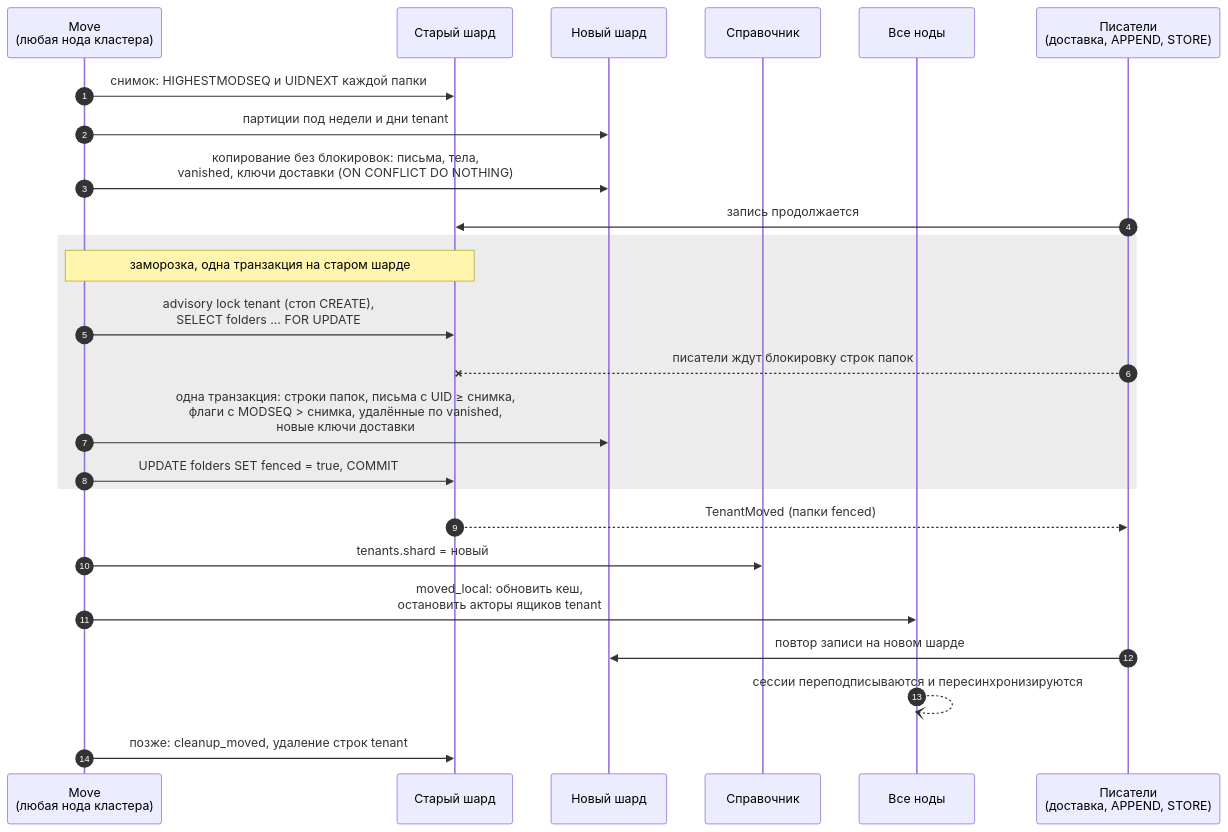
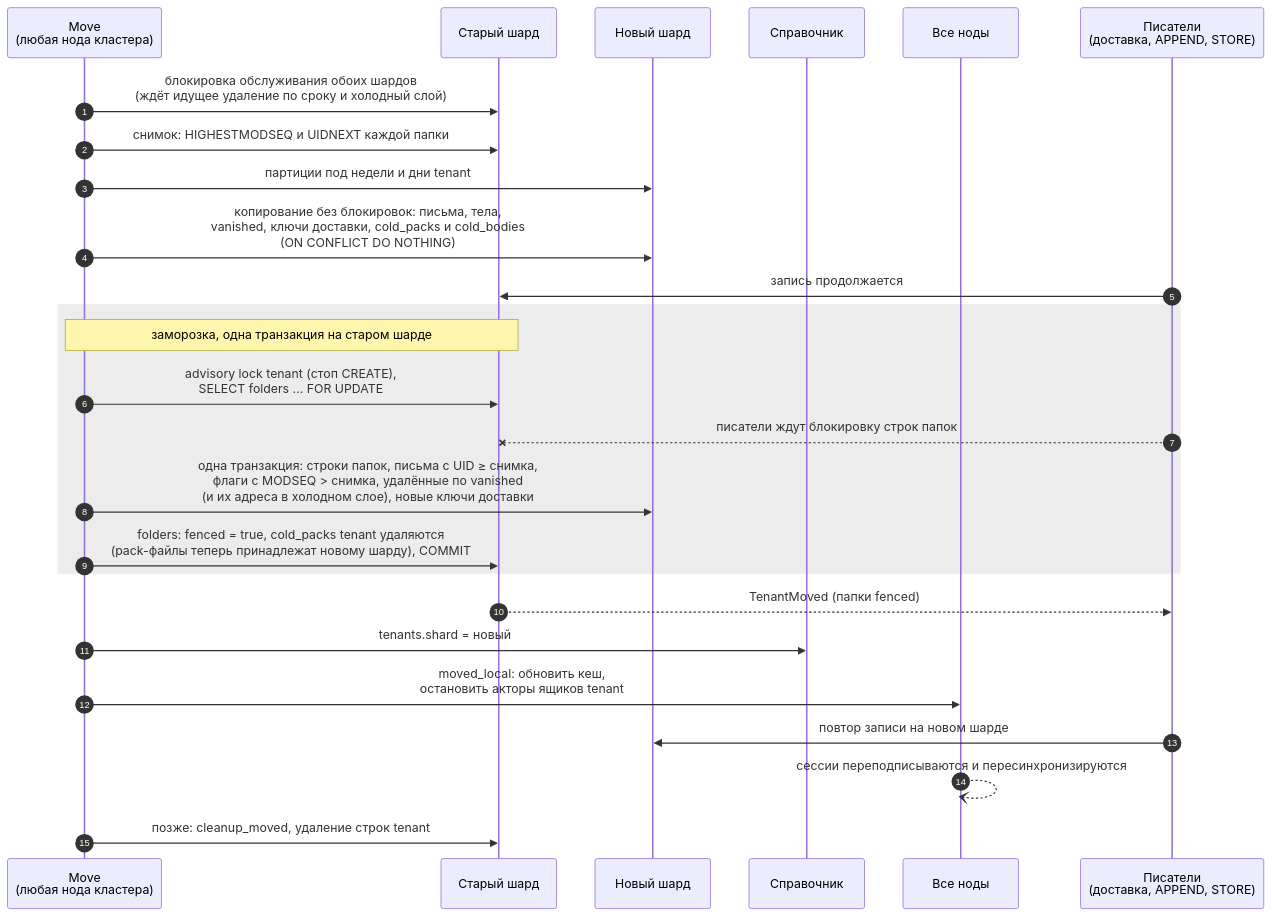
The eighth of 8 diagrams in docs/architecture.md (ichi404gh/mailstore), drawn with Mermaid before and after one commit. The commit also changed other lines of this file, not shown here.

First line of the commit message:
Bring the architecture diagrams up to date with retention and the cold tier

````diff
--- a/docs/architecture.md
+++ b/docs/architecture.md
@@ -414,28 +441,29 @@
 ```mermaid
 sequenceDiagram
   autonumber
   participant M as Move<br/>(любая нода кластера)
   participant S as Старый шард
   participant T as Новый шард
   participant D as Справочник
   participant N as Все ноды
   participant W as Писатели<br/>(доставка, APPEND, STORE)
 
+  M->>S: блокировка обслуживания обоих шардов<br/>(ждёт идущее удаление по сроку и холодный слой)
   M->>S: снимок: HIGHESTMODSEQ и UIDNEXT каждой папки
   M->>T: партиции под недели и дни tenant
-  M->>T: копирование без блокировок: письма, тела,<br/>vanished, ключи доставки (ON CONFLICT DO NOTHING)
+  M->>T: копирование без блокировок: письма, тела,<br/>vanished, ключи доставки, cold_packs и cold_bodies<br/>(ON CONFLICT DO NOTHING)
   W->>S: запись продолжается
   rect rgba(128,128,128,0.15)
     Note over M,S: заморозка, одна транзакция на старом шарде
     M->>S: advisory lock tenant (стоп CREATE),<br/>SELECT folders ... FOR UPDATE
     W--xS: писатели ждут блокировку строк папок
-    M->>T: одна транзакция: строки папок, письма с UID ≥ снимка,<br/>флаги с MODSEQ > снимка, удалённые по vanished,<br/>новые ключи доставки
-    M->>S: UPDATE folders SET fenced = true, COMMIT
+    M->>T: одна транзакция: строки папок, письма с UID ≥ снимка,<br/>флаги с MODSEQ > снимка, удалённые по vanished<br/>(и их адреса в холодном слое), новые ключи доставки
+    M->>S: folders: fenced = true, cold_packs tenant удаляются<br/>(pack-файлы теперь принадлежат новому шарду), COMMIT
   end
   S-->>W: TenantMoved (папки fenced)
   M->>D: tenants.shard = новый
   M->>N: moved_local: обновить кеш,<br/>остановить акторы ящиков tenant
   W->>T: повтор записи на новом шарде
   N--)N: сессии переподписываются и пересинхронизируются
   M->>S: позже: cleanup_moved, удаление строк tenant
 ```
````
